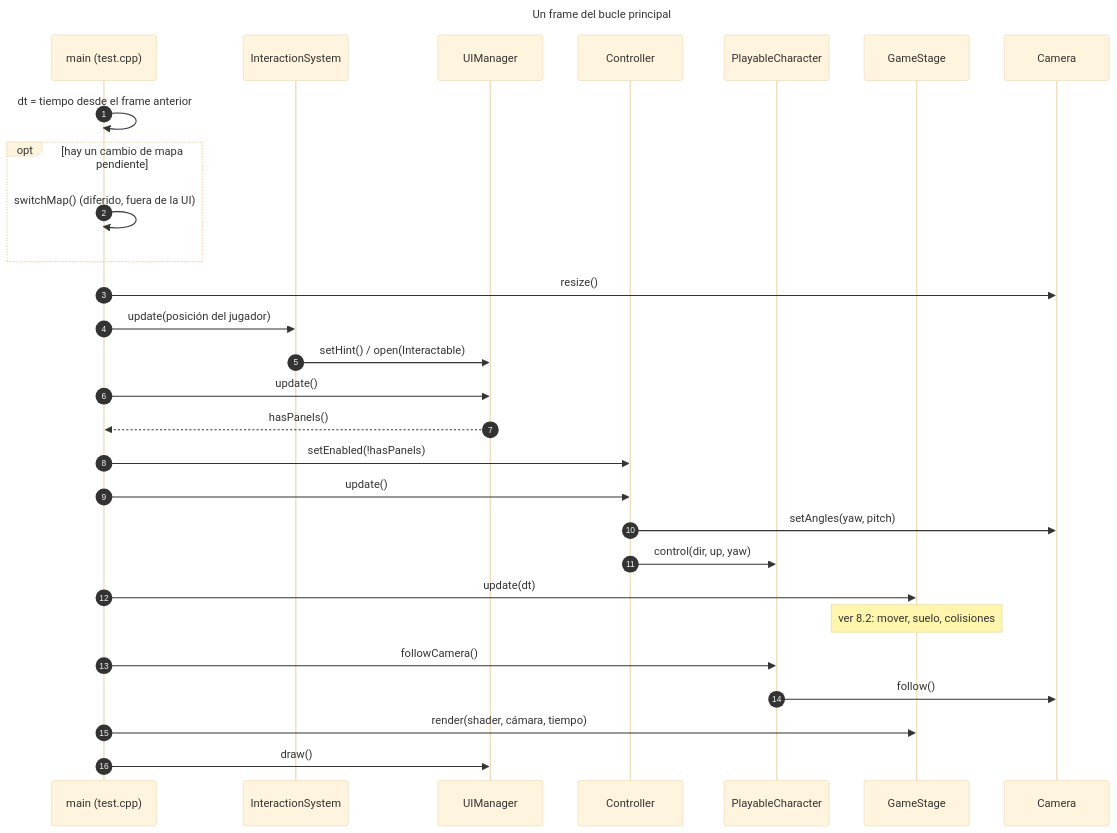
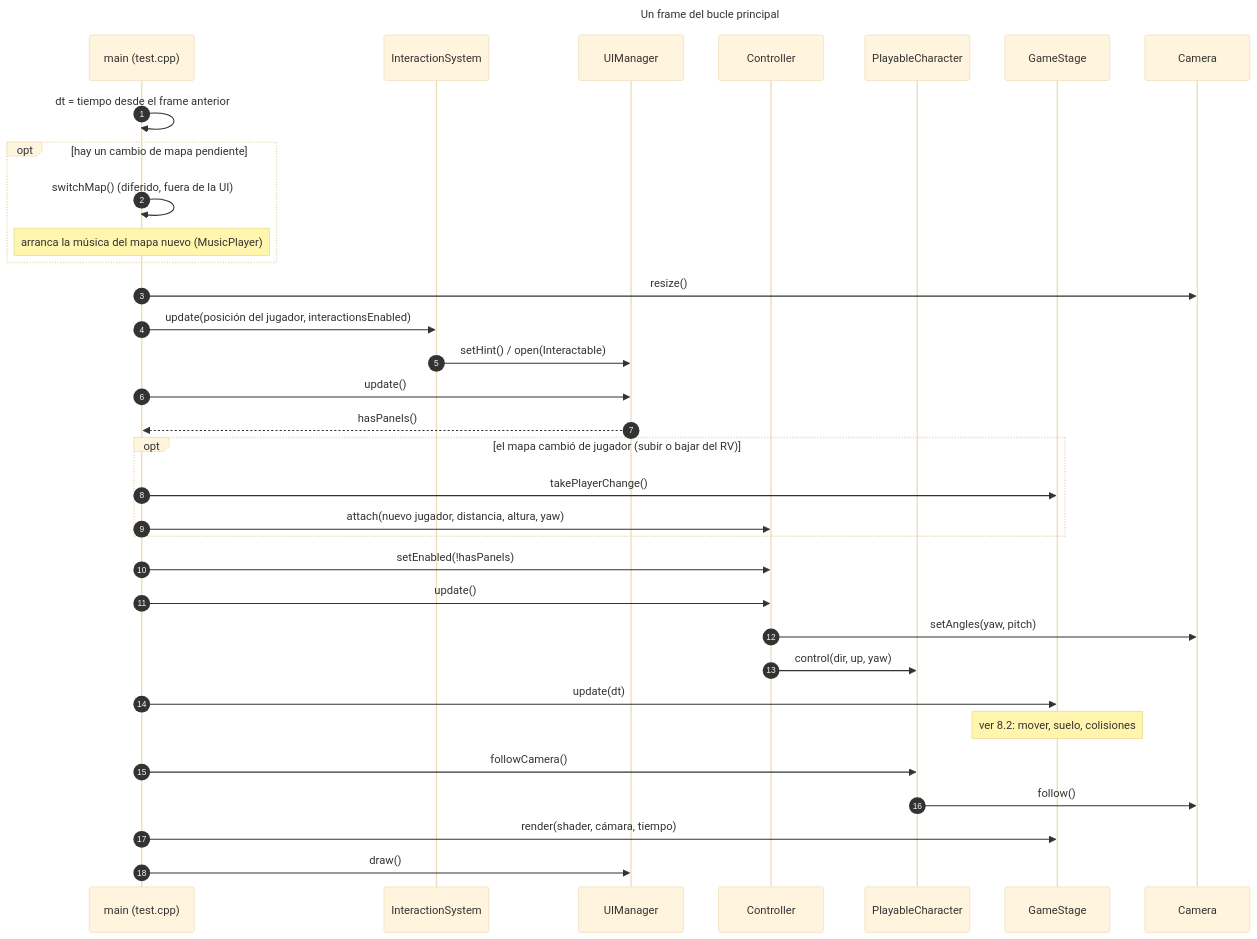
Before and after one commit to Joselitus/3Dengine: the eighth of 11 diagrams in docs/UML.md, drawn with Mermaid (base theme). The commit also changed other lines of this file and 40 other files, not shown here.

````diff
--- a/docs/UML.md
+++ b/docs/UML.md
@@ -932,34 +993,39 @@
 ```mermaid
 ---
 title: Un frame del bucle principal
 ---
 sequenceDiagram
     autonumber
     participant M as main (test.cpp)
     participant I as InteractionSystem
     participant U as UIManager
     participant C as Controller
     participant P as PlayableCharacter
     participant S as GameStage
     participant K as Camera
 
     M->>M: dt = tiempo desde el frame anterior
     opt hay un cambio de mapa pendiente
         M->>M: switchMap() (diferido, fuera de la UI)
+        Note over M: arranca la música del mapa nuevo (MusicPlayer)
     end
     M->>K: resize()
-    M->>I: update(posición del jugador)
+    M->>I: update(posición del jugador, interactionsEnabled)
     I->>U: setHint() / open(Interactable)
     M->>U: update()
     U-->>M: hasPanels()
+    opt el mapa cambió de jugador (subir o bajar del RV)
+        M->>S: takePlayerChange()
+        M->>C: attach(nuevo jugador, distancia, altura, yaw)
+    end
     M->>C: setEnabled(!hasPanels)
     M->>C: update()
     C->>K: setAngles(yaw, pitch)
     C->>P: control(dir, up, yaw)
     M->>S: update(dt)
     Note over S: ver 8.2: mover, suelo, colisiones
     M->>P: followCamera()
     P->>K: follow()
     M->>S: render(shader, cámara, tiempo)
     M->>U: draw()
 ```
````
